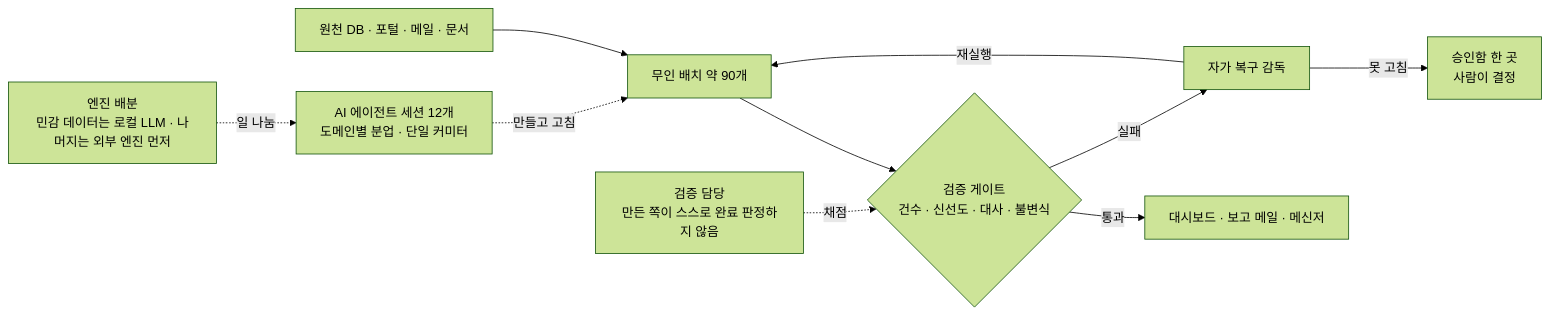
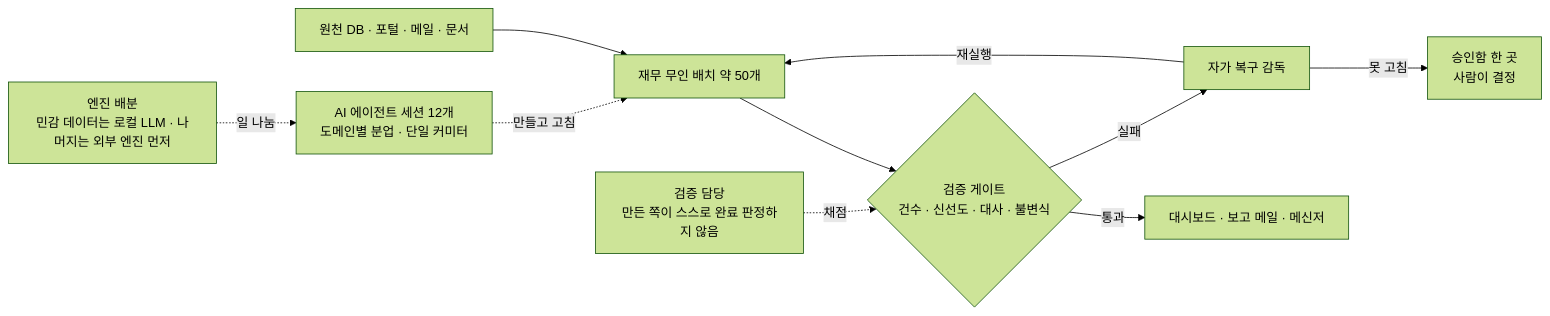
The diagram in README.md (cloudavenue0012-creator/cloudavenue0012-creator), drawn with Mermaid (forest theme) before and after one commit. The commit also changed other lines of this file, not shown here.

````diff
--- a/README.md
+++ b/README.md
@@ -19,12 +19,12 @@
 ```mermaid
 flowchart LR
-  S[원천 DB · 포털 · 메일 · 문서] --> B[무인 배치 약 90개]
+  S[원천 DB · 포털 · 메일 · 문서] --> B[재무 무인 배치 약 50개]
   B --> G{검증 게이트<br/>건수 · 신선도 · 대사 · 불변식}
   G -- 통과 --> R[대시보드 · 보고 메일 · 메신저]
   G -- 실패 --> H[자가 복구 감독]
   H -- 재실행 --> B
   H -- 못 고침 --> P[승인함 한 곳<br/>사람이 결정]
   A[AI 에이전트 세션 12개<br/>도메인별 분업 · 단일 커미터] -. 만들고 고침 .-> B
   M[엔진 배분<br/>민감 데이터는 로컬 LLM · 나머지는 외부 엔진 먼저] -. 일 나눔 .-> A
   V[검증 담당<br/>만든 쪽이 스스로 완료 판정하지 않음] -. 채점 .-> G
 ```
````
